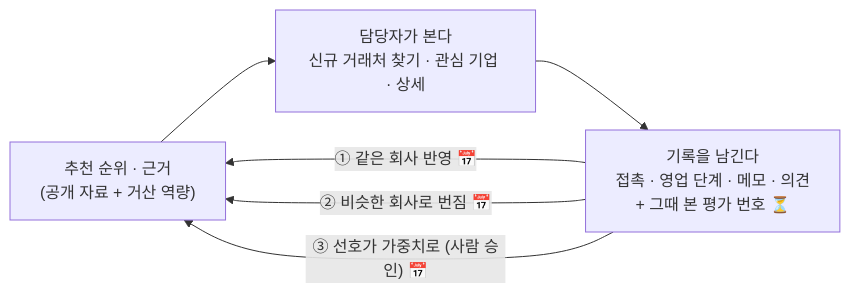
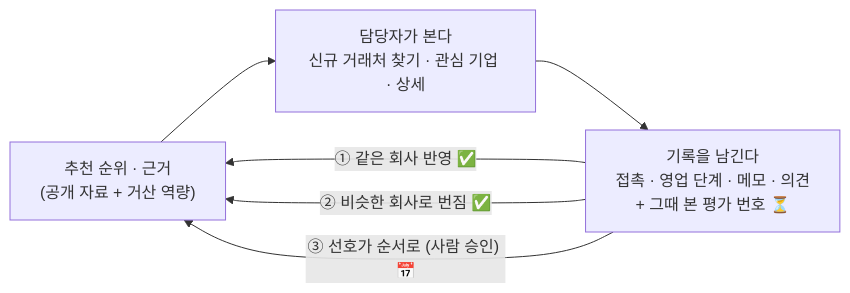
The third of 4 diagrams in docs/map/feature-map.md (agent-ddalgi-team/final-geosan), drawn with Mermaid before and after one commit. The commit also changed other lines of this file and 2 other files, not shown here.

````diff
--- a/docs/map/feature-map.md
+++ b/docs/map/feature-map.md
@@ -133,8 +134,8 @@
 ```mermaid
 flowchart LR
     R["추천 순위 · 근거<br/>(공개 자료 + 거산 역량)"] --> U["담당자가 본다<br/>신규 거래처 찾기 · 관심 기업 · 상세"]
     U --> W["기록을 남긴다<br/>접촉 · 영업 단계 · 메모 · 의견<br/>+ 그때 본 평가 번호 ⏳"]
-    W -->|"① 같은 회사 반영 📅"| R
-    W -->|"② 비슷한 회사로 번짐 📅"| R
-    W -->|"③ 선호가 가중치로 (사람 승인) 📅"| R
+    W -->|"① 같은 회사 반영 ✅"| R
+    W -->|"② 비슷한 회사로 번짐 ✅"| R
+    W -->|"③ 선호가 순서로 (사람 승인) 📅"| R
 ```
````
